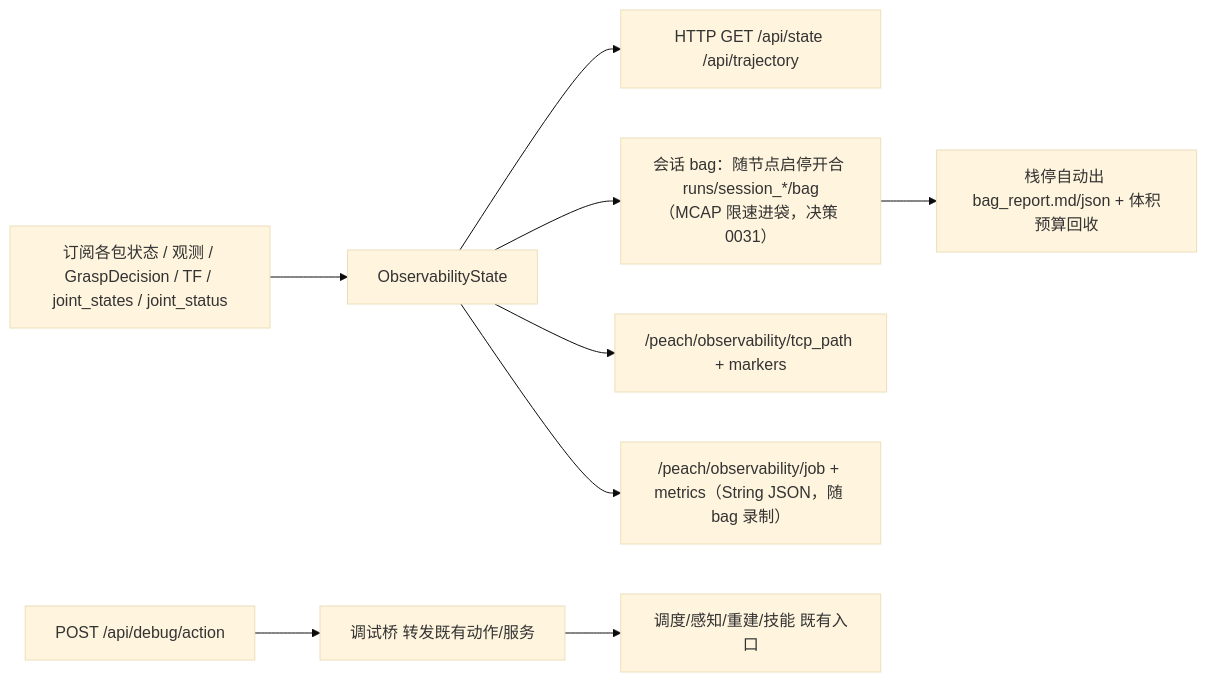
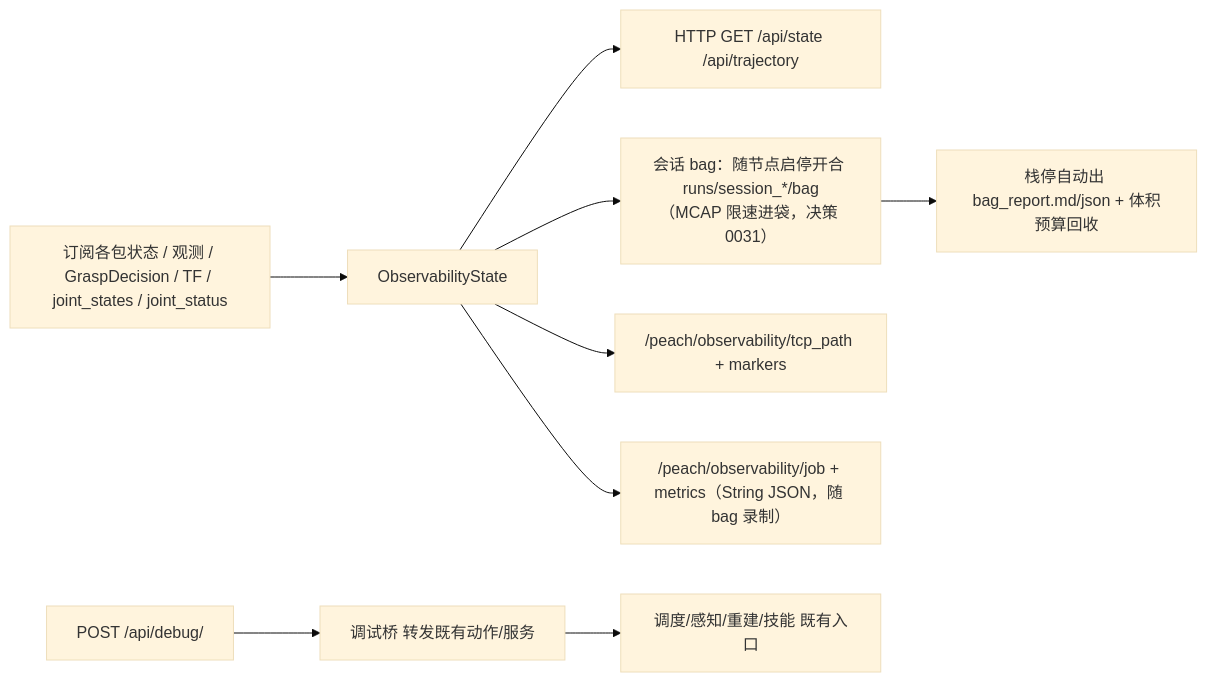
The diagram in src/peach/peach_observability/doc/io.md (MUHAN11-c/aubo_boot), drawn with Mermaid (base theme) before and after one commit. The commit also changed other lines of this file and 268 other files, not shown here.

````diff
--- a/src/peach/peach_observability/doc/io.md
+++ b/src/peach/peach_observability/doc/io.md
@@ -5,11 +5,11 @@
 ```mermaid
 flowchart LR
   sub["订阅各包状态 / 观测 / GraspDecision / TF / joint_states / joint_status"] --> st["ObservabilityState"]
   st --> http["HTTP GET /api/state /api/trajectory"]
   st --> rec["会话 bag：随节点启停开合 runs/session_*/bag（MCAP 限速进袋，决策 0031）"]
   rec --> rep["栈停自动出 bag_report.md/json + 体积预算回收"]
   st --> viz["/peach/observability/tcp_path + markers"]
   st --> jobpub["/peach/observability/job + metrics（String JSON，随 bag 录制）"]
-  dbg["POST /api/debug/action"] --> bridge["调试桥 转发既有动作/服务"]
+  dbg["POST /api/debug/<action>"] --> bridge["调试桥 转发既有动作/服务"]
   bridge --> targets["调度/感知/重建/技能 既有入口"]
 ```
````
